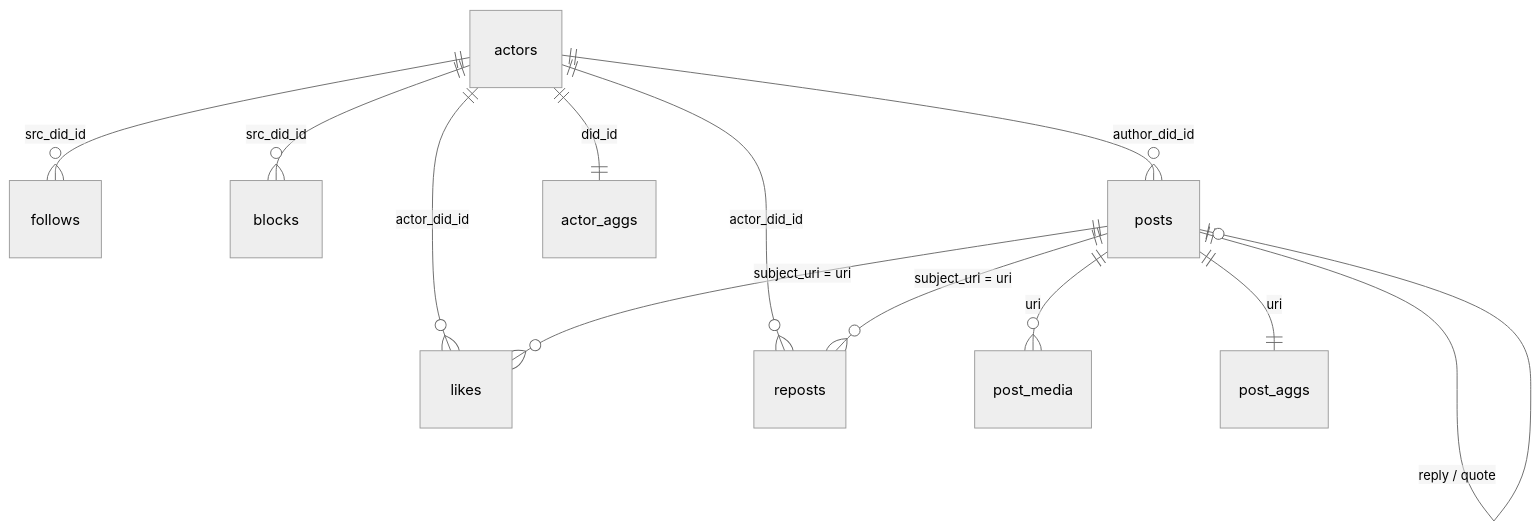
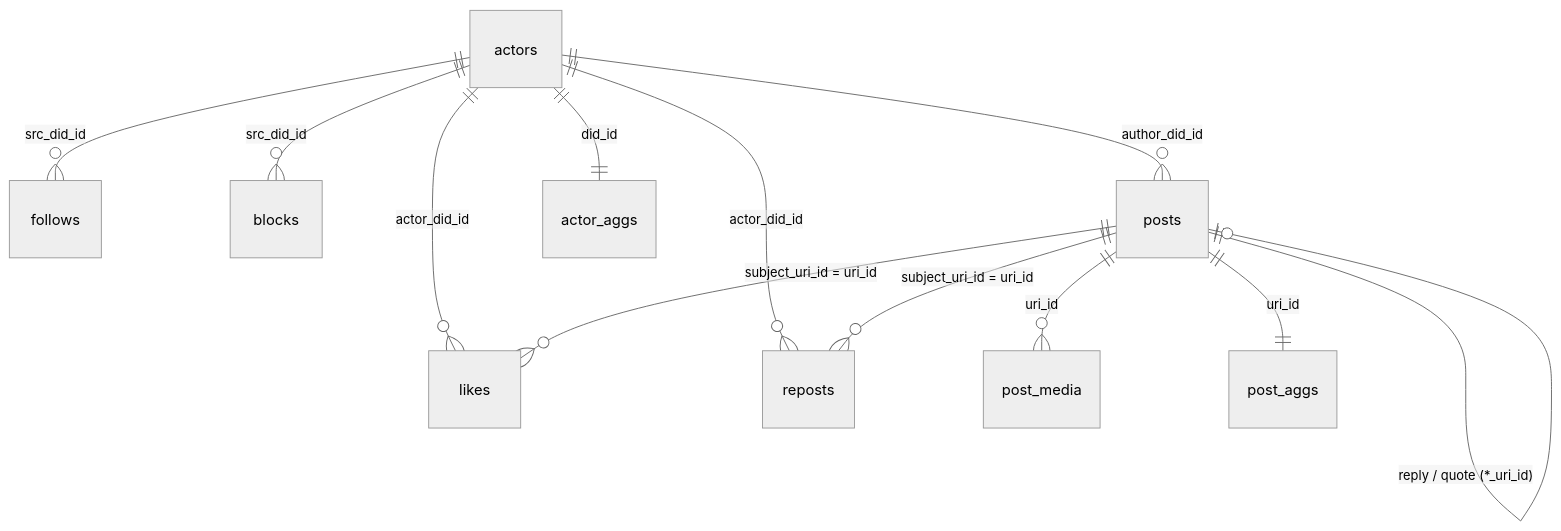
One commit to pboueri/atproto-db-snapshot changed the diagram in README.md. Above: the diagram before and after it, drawn with Mermaid (neutral theme). The commit also changed other lines of this file and 8 other files, not shown here.

First line of the commit message:
hydrate: encode post URIs as uri_id, posts is source of truth

````diff
--- a/README.md
+++ b/README.md
@@ -146,14 +146,14 @@
 ```mermaid
 erDiagram
     actors    ||--o{ follows  : "src_did_id"
     actors    ||--o{ blocks   : "src_did_id"
     actors    ||--o{ likes    : "actor_did_id"
     actors    ||--o{ reposts  : "actor_did_id"
     actors    ||--o{ posts    : "author_did_id"
-    posts     ||--o{ likes    : "subject_uri = uri"
-    posts     ||--o{ reposts  : "subject_uri = uri"
-    posts     ||--o{ post_media : "uri"
-    posts     ||--o| posts    : "reply / quote"
+    posts     ||--o{ likes    : "subject_uri_id = uri_id"
+    posts     ||--o{ reposts  : "subject_uri_id = uri_id"
+    posts     ||--o{ post_media : "uri_id"
+    posts     ||--o| posts    : "reply / quote (*_uri_id)"
     actors    ||--|| actor_aggs : did_id
-    posts     ||--|| post_aggs  : uri
+    posts     ||--|| post_aggs  : uri_id
 ```
````
